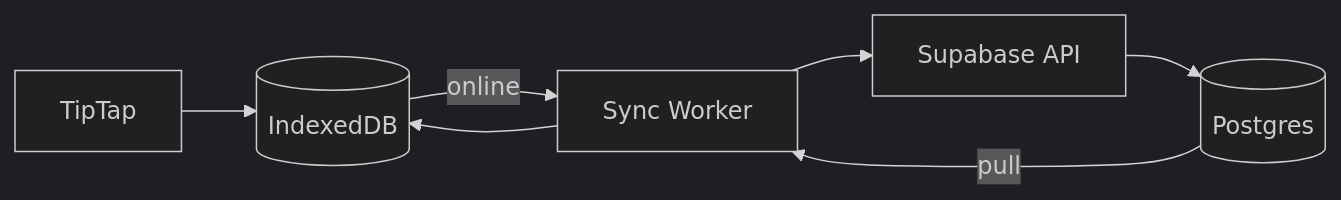
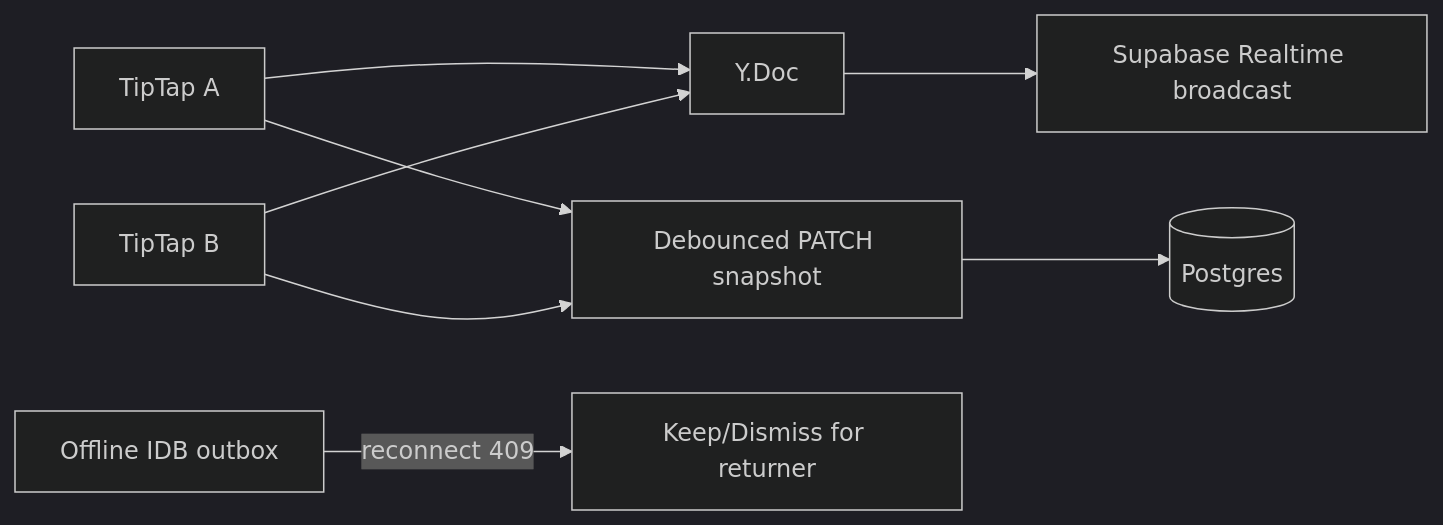
The second of 2 diagrams in docs/12-offline-sync.md (kallekormann/rhodes), drawn with Mermaid (dark theme) before and after one commit. The commit also changed other lines of this file and 47 other files, not shown here.

First line of the commit message:
Add Yjs realtime collab with offline catch-up and conflict review.

````diff
--- a/docs/12-offline-sync.md
+++ b/docs/12-offline-sync.md
@@ -17,9 +70,10 @@
 ```mermaid
 flowchart LR
-  Editor[TipTap] --> IDB[(IndexedDB)]
-  IDB -->|online| SyncWorker[Sync Worker]
-  SyncWorker --> API[Supabase API]
-  API --> PG[(Postgres)]
-  PG -->|pull| SyncWorker
-  SyncWorker --> IDB
+  TipTapA[TipTap A] --> YDoc[Y.Doc]
+  TipTapB[TipTap B] --> YDoc
+  YDoc --> Broadcast[Supabase Realtime broadcast]
+  TipTapA --> Snapshot[Debounced PATCH snapshot]
+  TipTapB --> Snapshot
+  Snapshot --> PG[(Postgres)]
+  Offline[Offline IDB outbox] -->|reconnect 409| Compare[Keep/Dismiss for returner]
 ```
````
